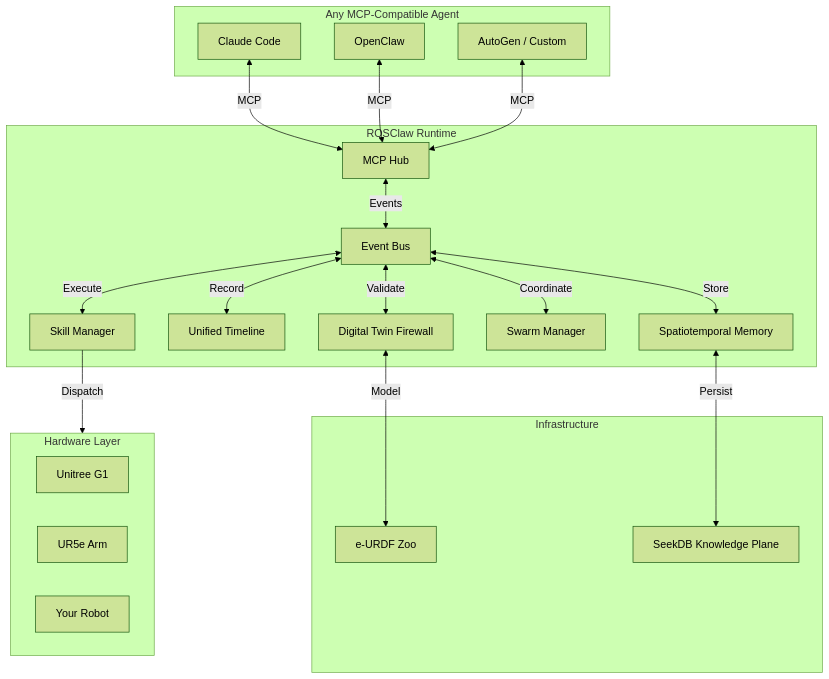
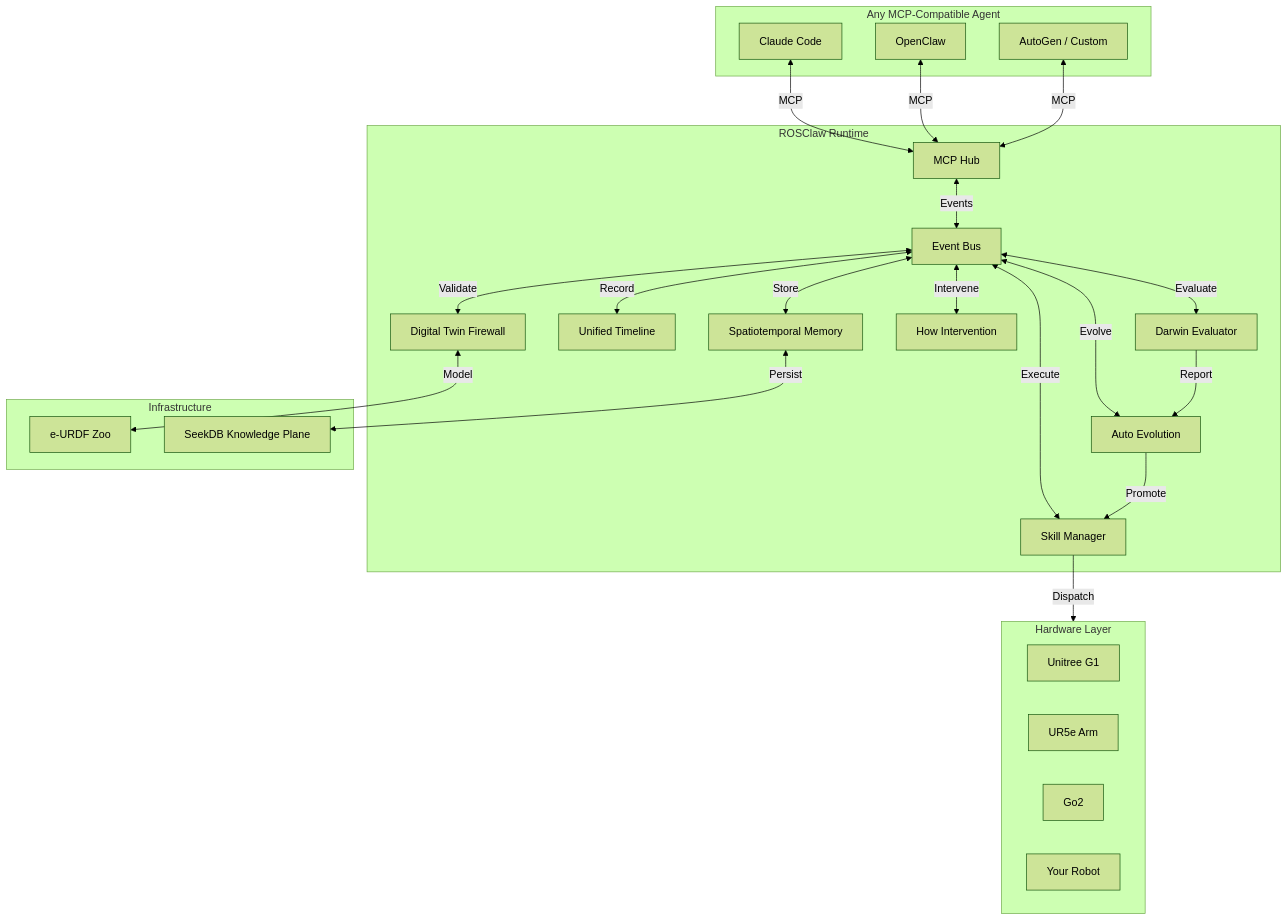
The diagram in README.md (YanzeZhang97/rosclaw), drawn with Mermaid (forest theme) before and after one commit. The commit also changed other lines of this file and 1 other file, not shown here.

````diff
--- a/README.md
+++ b/README.md
@@ -77,40 +157,47 @@
 ```mermaid
 graph TD
     subgraph Agents[Any MCP-Compatible Agent]
         CC[Claude Code]
         OC[OpenClaw]
         AC[AutoGen / Custom]
     end
 
     subgraph Runtime[ROSClaw Runtime]
         MCP[MCP Hub]
         EB[Event Bus]
         FW[Digital Twin Firewall]
         TM[Unified Timeline]
         MEM[Spatiotemporal Memory]
-        SW[Swarm Manager]
         SK[Skill Manager]
+        HO[How Intervention]
+        AU[Auto Evolution]
+        DW[Darwin Evaluator]
     end
 
     subgraph Infra[Infrastructure]
         EURDF[e-URDF Zoo]
         SKDB[SeekDB Knowledge Plane]
     end
 
     subgraph HW[Hardware Layer]
         G1[Unitree G1]
         UR5[UR5e Arm]
+        GO[Go2]
         Other[Your Robot]
     end
 
     CC & OC & AC <-->|MCP| MCP
     MCP <-->|Events| EB
     EB <-->|Validate| FW
     EB <-->|Record| TM
     EB <-->|Store| MEM
-    EB <-->|Coordinate| SW
     EB <-->|Execute| SK
+    EB <-->|Intervene| HO
+    EB <-->|Evolve| AU
+    EB <-->|Evaluate| DW
     FW <-->|Model| EURDF
     MEM <-->|Persist| SKDB
     SK -->|Dispatch| HW
+    AU -->|Promote| SK
+    DW -->|Report| AU
 ```
````
